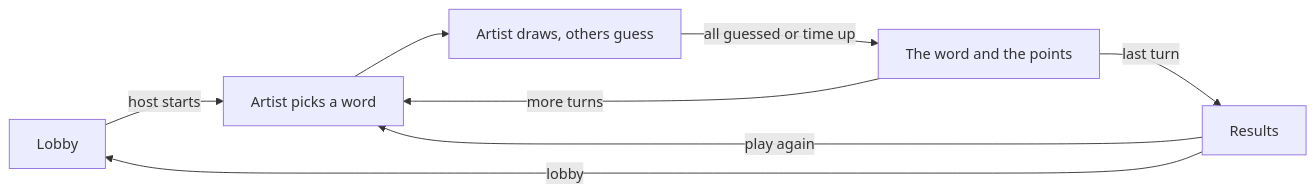
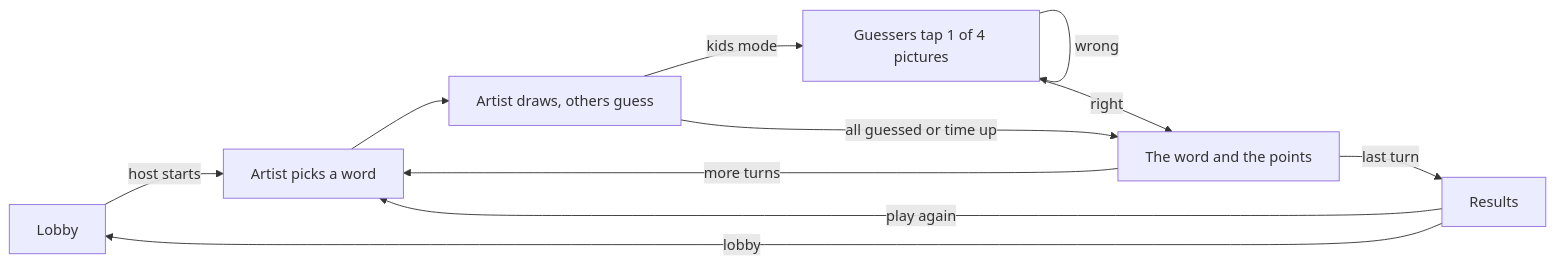
Before and after one commit to workbench-soft/workbench-soft.github.io: the second of 4 diagrams in apps/games/docs/user-flows.md, drawn with Mermaid. The commit also changed other lines of this file and 3 other files, not shown here.

Commit message:
games: docs for kids mode

````diff
--- a/apps/games/docs/user-flows.md
+++ b/apps/games/docs/user-flows.md
@@ -27,10 +27,13 @@
 ```mermaid
 flowchart LR
   L[Lobby] -->|host starts| C[Artist picks a word]
   C --> D[Artist draws, others guess]
+  D -->|kids mode| P[Guessers tap 1 of 4 pictures]
+  P -->|wrong| P
+  P -->|right| T
   D -->|all guessed or time up| T[The word and the points]
   T -->|more turns| C
   T -->|last turn| R[Results]
   R -->|play again| C
   R -->|lobby| L
 ```
````
